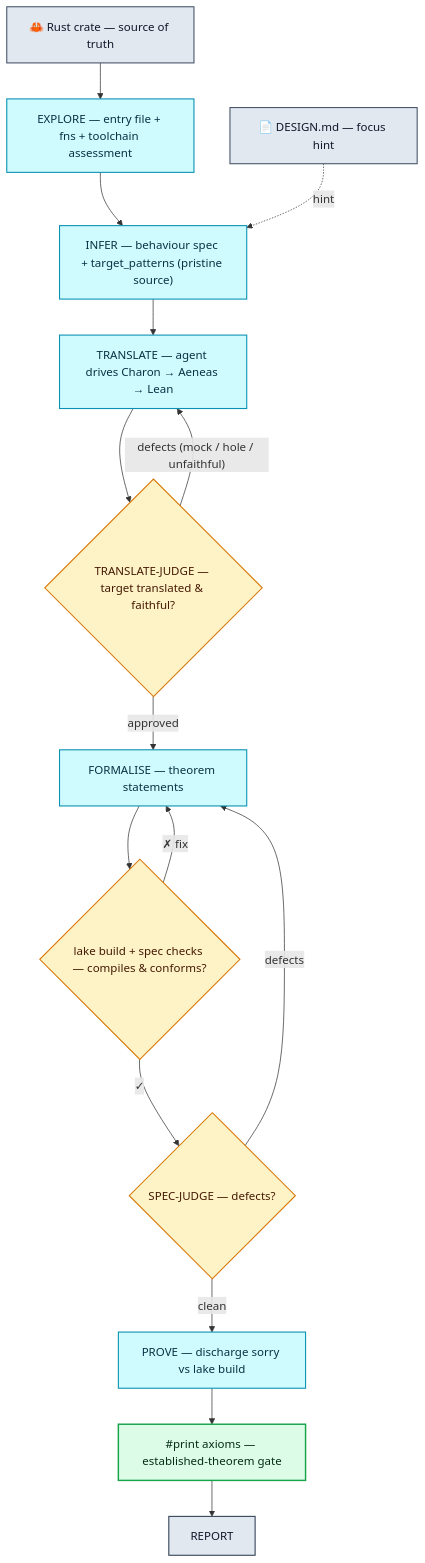
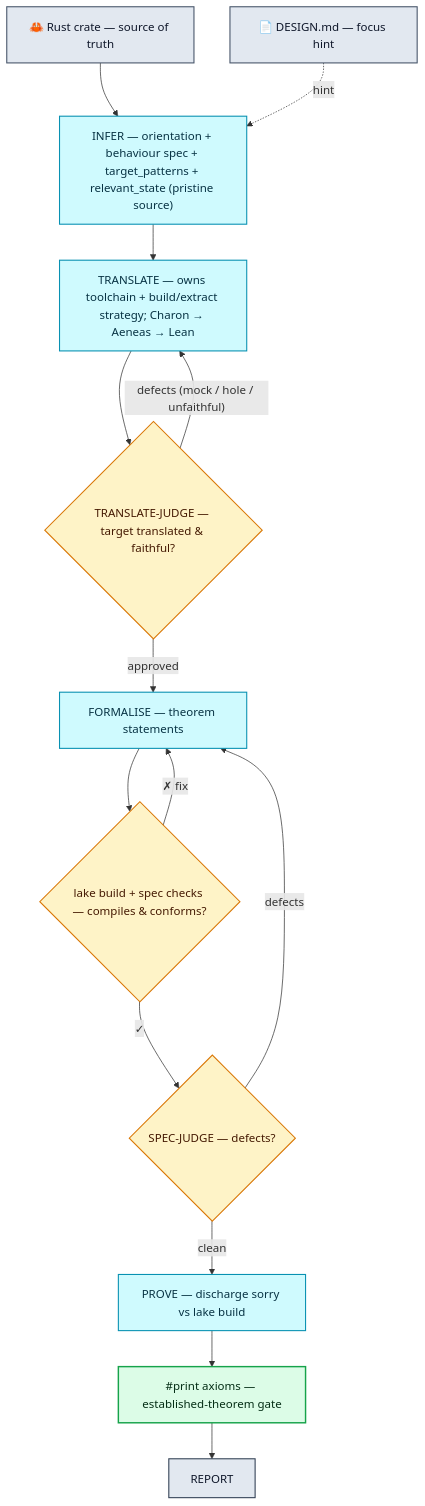
The diagram in README.md (Certora/lusterna), drawn with Mermaid before and after one commit. The commit also changed other lines of this file and 4 other files, not shown here.

````diff
--- a/README.md
+++ b/README.md
@@ -120,31 +119,30 @@
 ```mermaid
 flowchart TD
   DESIGN["📄 DESIGN.md — focus hint"]:::src
   RUST["🦀 Rust crate — source of truth"]:::src
 
-  EXPLORE["EXPLORE — entry file + fns + toolchain assessment"]:::impl
-  INFER["INFER — behaviour spec + target_patterns (pristine source)"]:::impl
-  TRANSLATE["TRANSLATE — agent drives Charon → Aeneas → Lean"]:::impl
+  INFER["INFER — orientation + behaviour spec + target_patterns + relevant_state (pristine source)"]:::impl
+  TRANSLATE["TRANSLATE — owns toolchain + build/extract strategy; Charon → Aeneas → Lean"]:::impl
   TJUDGE{"TRANSLATE-JUDGE — target translated & faithful?"}:::gate
   FORMALISE["FORMALISE — theorem statements"]:::impl
   FBUILD{"lake build + spec checks — compiles & conforms?"}:::gate
   SJUDGE{"SPEC-JUDGE — defects?"}:::gate
   PROVE["PROVE — discharge sorry vs lake build"]:::impl
   AXIOMS["#print axioms — established-theorem gate"]:::verify
   REPORT["REPORT"]:::report
 
-  RUST --> EXPLORE --> INFER --> TRANSLATE --> TJUDGE
+  RUST --> INFER --> TRANSLATE --> TJUDGE
   TJUDGE -- "defects (mock / hole / unfaithful)" --> TRANSLATE
   TJUDGE -- "approved" --> FORMALISE --> FBUILD
   FBUILD -- "✗ fix" --> FORMALISE
   FBUILD -- "✓" --> SJUDGE
   SJUDGE -- "defects" --> FORMALISE
   SJUDGE -- "clean" --> PROVE --> AXIOMS --> REPORT
   DESIGN -. "hint" .-> INFER
 
   classDef src    fill:#e2e8f0,stroke:#475569,stroke-width:1.5px,color:#0f172a;
   classDef impl   fill:#cffafe,stroke:#0891b2,stroke-width:1.5px,color:#083344;
   classDef gate   fill:#fef3c7,stroke:#d97706,stroke-width:1.5px,color:#451a03;
   classDef verify fill:#dcfce7,stroke:#16a34a,stroke-width:2px,color:#052e16;
   classDef report fill:#e2e8f0,stroke:#334155,stroke-width:1.5px,color:#0f172a;
 ```
````
